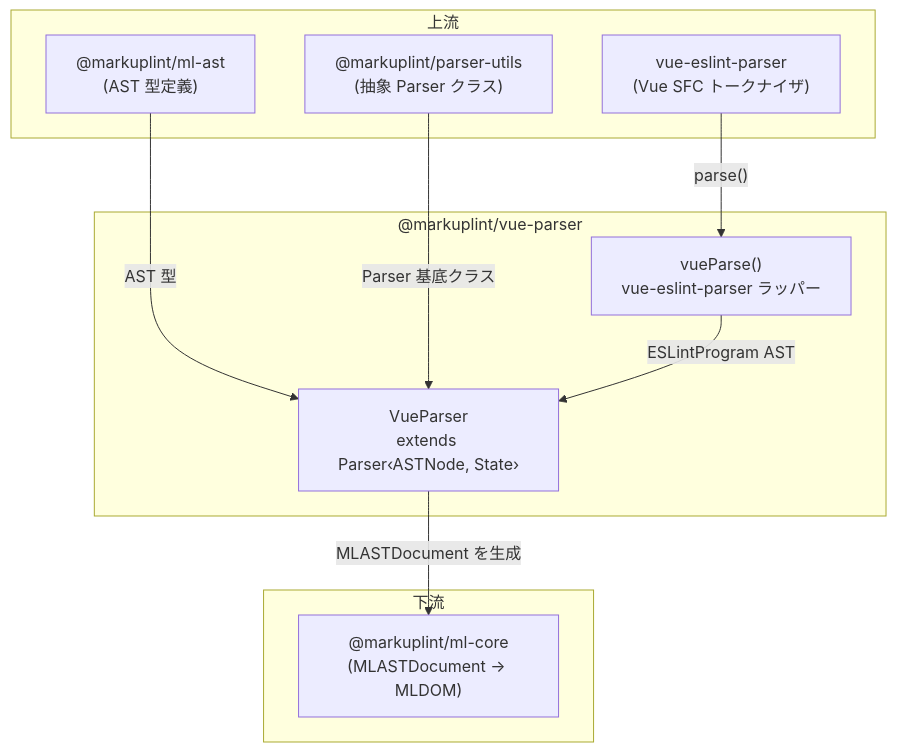
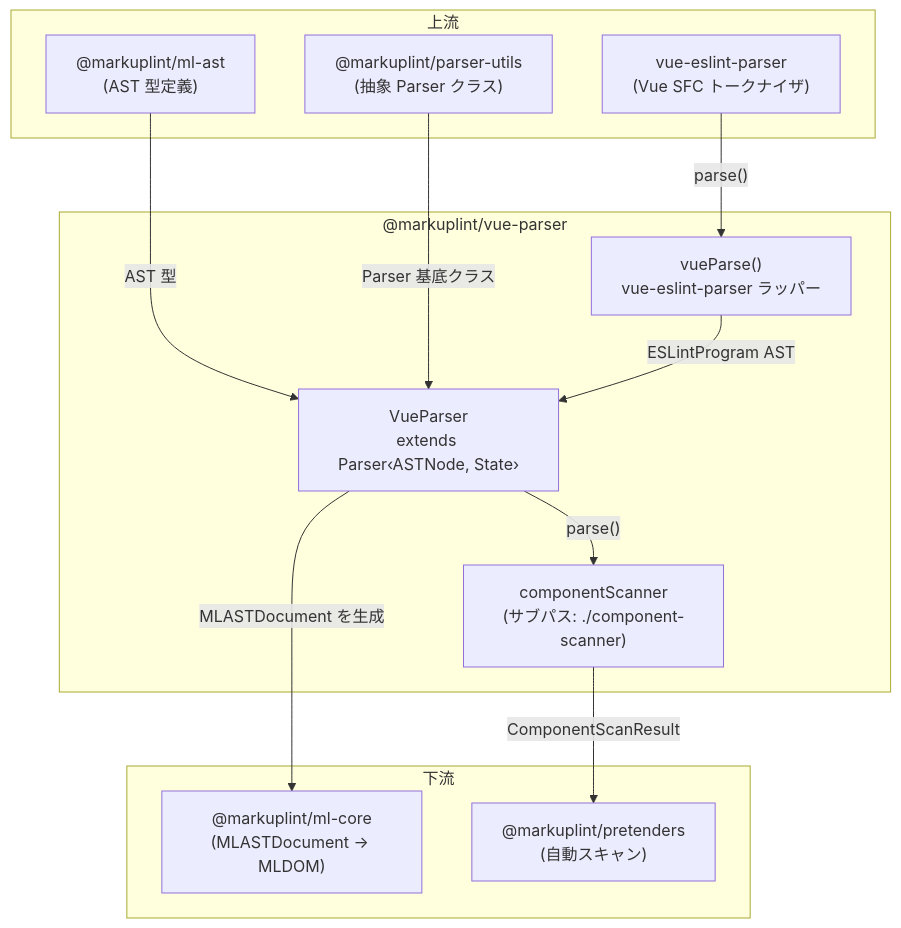
The first of 2 diagrams in packages/@markuplint/vue-parser/ARCHITECTURE.ja.md (markuplint/markuplint), drawn with Mermaid before and after one commit. The commit also changed other lines of this file and 5 other files, not shown here.

First line of the commit message:
docs: add component-scanner to parser ARCHITECTURE.md files

````diff
--- a/packages/@markuplint/vue-parser/ARCHITECTURE.ja.md
+++ b/packages/@markuplint/vue-parser/ARCHITECTURE.ja.md
@@ -20,24 +22,28 @@
 ```mermaid
 flowchart TD
     subgraph upstream ["上流"]
         mlAst["@markuplint/ml-ast\n(AST 型定義)"]
         parserUtils["@markuplint/parser-utils\n(抽象 Parser クラス)"]
         vueEslintParser["vue-eslint-parser\n(Vue SFC トークナイザ)"]
     end
 
     subgraph pkg ["@markuplint/vue-parser"]
         vueParser["VueParser\nextends Parser‹ASTNode, State›"]
         vueParseFn["vueParse()\nvue-eslint-parser ラッパー"]
+        compScanner["componentScanner\n(サブパス: ./component-scanner)"]
     end
 
     subgraph downstream ["下流"]
         mlCore["@markuplint/ml-core\n(MLASTDocument → MLDOM)"]
+        pretenders["@markuplint/pretenders\n(自動スキャン)"]
     end
 
     mlAst -->|"AST 型"| vueParser
     parserUtils -->|"Parser 基底クラス"| vueParser
     vueEslintParser -->|"parse()"| vueParseFn
     vueParseFn -->|"ESLintProgram AST"| vueParser
 
     vueParser -->|"MLASTDocument を生成"| mlCore
+    vueParser -->|"parse()"| compScanner
+    compScanner -->|"ComponentScanResult"| pretenders
 ```
````
